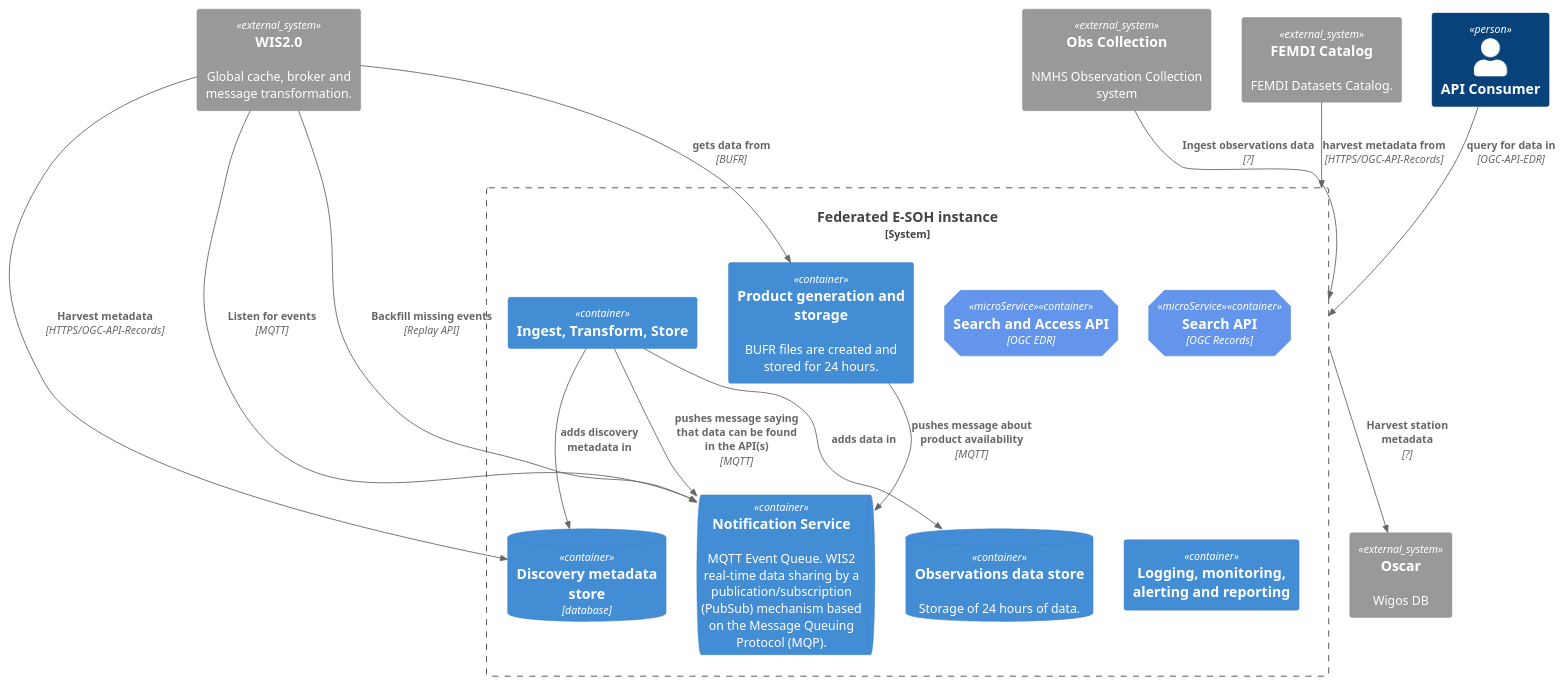
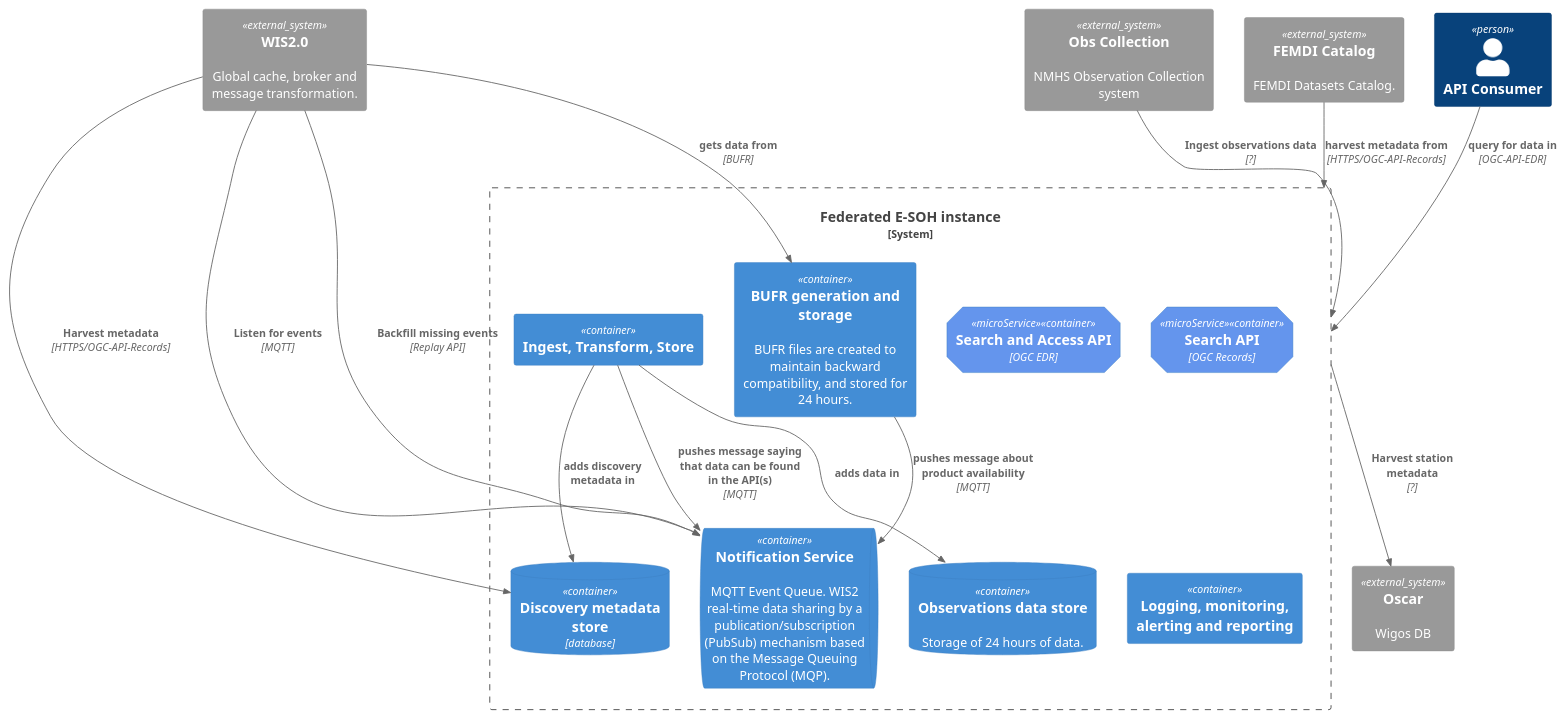
The diagram in c4-context.puml (EURODEO/e-soh-c4), drawn with PlantUML before and after one commit. The commit also changed 1 other file, not shown here.

Commit message:
BUFR generation and storage..

```diff
--- a/c4-context.puml
+++ b/c4-context.puml
@@ -1,47 +1,47 @@
-@startuml "esoh-c4-context"
+@startuml "c4-context"
 !include https://raw.githubusercontent.com/plantuml-stdlib/C4-PlantUML/master/C4_Container.puml
 
 AddElementTag("microService", $shape=EightSidedShape(), $bgColor="CornflowerBlue", $fontColor="white", $legendText="micro service\neight sided")
 
 System_Ext(FEMDICatalog, "FEMDI Catalog", "FEMDI Datasets Catalog.")
 
 System_Ext(wis2, "WIS2.0", "Global cache, broker and message transformation.")
 
 
 Person(APIConsumer, "API Consumer")
 
 System_Boundary(ESOH, "Federated E-SOH instance"){
     ContainerQueue(queue, "Notification Service", "", "MQTT Event Queue. WIS2 real-time data sharing by a publication/subscription (PubSub) mechanism based on the Message Queuing Protocol (MQP).")
     Container(its, "Ingest, Transform, Store", "", "")
     Container(edr, "Search and Access API", "OGC EDR", "", $tags = "microService")
     Container(records, "Search API", "OGC Records", "", $tags = "microService")
-    Container(bufr_generator, "Product generation and storage", "", "BUFR files are created and stored for 24 hours.")
+    Container(bufr_generator, "BUFR generation and storage", "", "BUFR files are created to maintain backward compatibility, and stored for 24 hours.")
     ContainerDb(metadata_store, "Discovery metadata store", "database", "")
     ContainerDb(data_store, "Observations data store", "", "Storage of 24 hours of data.")
     Container(lmar, "Logging, monitoring, alerting and reporting", "", "")
 }
 
 
 
 System_Ext(Oscar, "Oscar", "Wigos DB")
 System_Ext(ObsCollection,"Obs Collection", "NMHS Observation Collection system")
 
 Rel(bufr_generator, queue, "pushes message about product availability", "MQTT")
 
 Rel(its, data_store, "adds data in", "")
 Rel(its, metadata_store, "adds discovery metadata in", "")
 Rel(its, queue, "pushes message saying that data can be found in the API(s)", "MQTT")
 
 Rel(wis2, metadata_store, "Harvest metadata", "HTTPS/OGC-API-Records")
 Rel(wis2, queue, "Listen for events", "MQTT")
 Rel(wis2, queue, "Backfill missing events", "Replay API")
 
 Rel(wis2, bufr_generator, "gets data from", "BUFR")
 
 Rel(FEMDICatalog, ESOH, "harvest metadata from", "HTTPS/OGC-API-Records")
 Rel(APIConsumer, ESOH, "query for data in", "OGC-API-EDR")
 
 Rel(ESOH, Oscar, "Harvest station metadata", "?")
 Rel(ObsCollection, ESOH, "Ingest observations data", "?")
 
 @enduml
```
